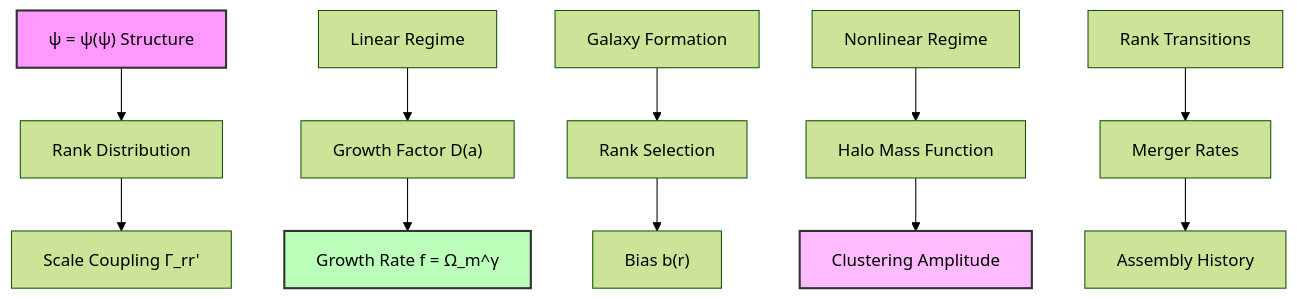
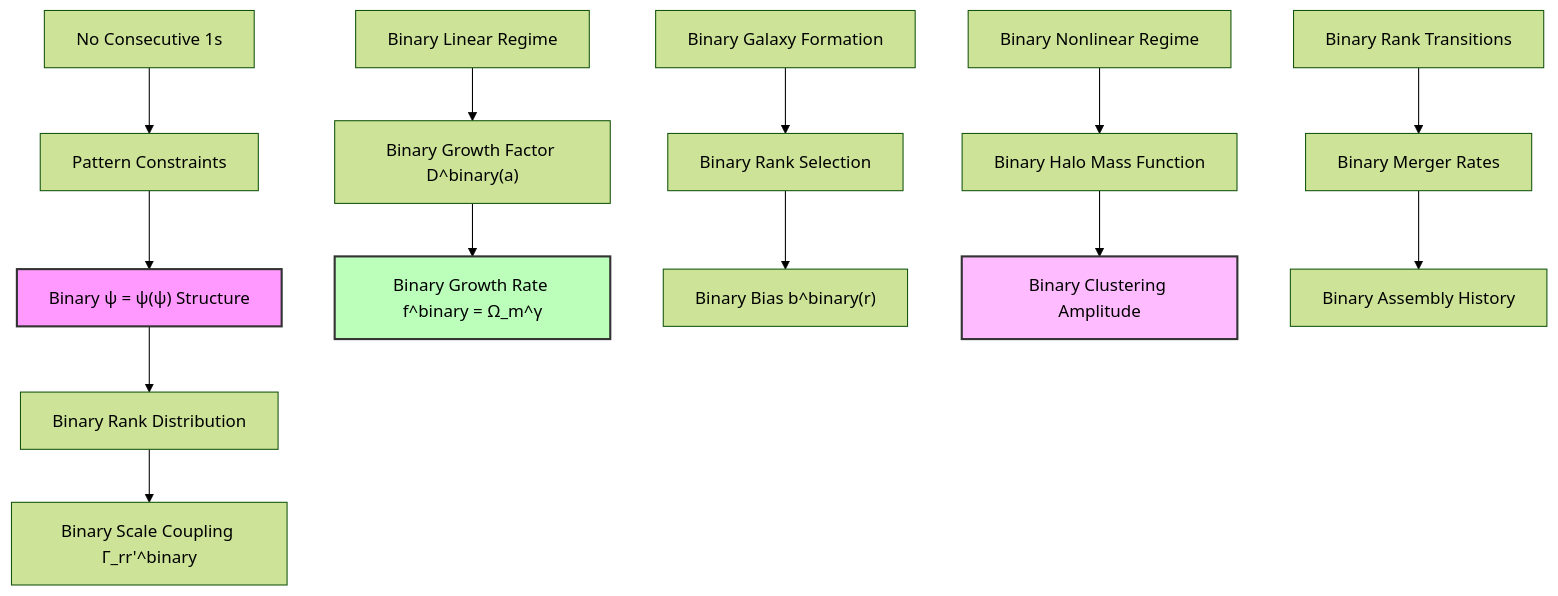
One commit to loning/the-phys changed the first of 2 diagrams in docs/psi-constants/part-04-collapse-cosmology/chapter-062-multiscale-collapse-structure-formation.md. Above: the diagram before and after it, drawn with Mermaid (forest theme). The commit also changed other lines of this file and 1 other file, not shown here.

````diff
--- a/docs/psi-constants/part-04-collapse-cosmology/chapter-062-multiscale-collapse-structure-formation.md
+++ b/docs/psi-constants/part-04-collapse-cosmology/chapter-062-multiscale-collapse-structure-formation.md
@@ -86,21 +99,24 @@
 ```mermaid
 graph TD
-    A["ψ = ψ(ψ) Structure"] --> B["Rank Distribution"]
-    B --> C["Scale Coupling Γ_rr'"]
+    A["Binary ψ = ψ(ψ) Structure"] --> B["Binary Rank Distribution"]
+    B --> C["Binary Scale Coupling Γ_rr'^binary"]
     
-    D["Linear Regime"] --> E["Growth Factor D(a)"]
-    E --> F["Growth Rate f = Ω_m^γ"]
+    D["Binary Linear Regime"] --> E["Binary Growth Factor D^binary(a)"]
+    E --> F["Binary Growth Rate f^binary = Ω_m^γ"]
     
-    G["Galaxy Formation"] --> H["Rank Selection"]
-    H --> I["Bias b(r)"]
+    G["Binary Galaxy Formation"] --> H["Binary Rank Selection"]
+    H --> I["Binary Bias b^binary(r)"]
     
-    J["Nonlinear Regime"] --> K["Halo Mass Function"]
-    K --> L["Clustering Amplitude"]
+    J["Binary Nonlinear Regime"] --> K["Binary Halo Mass Function"]
+    K --> L["Binary Clustering Amplitude"]
     
-    M["Rank Transitions"] --> N["Merger Rates"]
-    N --> O["Assembly History"]
+    M["Binary Rank Transitions"] --> N["Binary Merger Rates"]
+    N --> O["Binary Assembly History"]
+    
+    P["No Consecutive 1s"] --> Q["Pattern Constraints"]
+    Q --> A
     
     style A fill:#f9f,stroke:#333,stroke-width:2px
     style F fill:#bfb,stroke:#333,stroke-width:2px
     style L fill:#fbf,stroke:#333,stroke-width:2px
 ```
````
